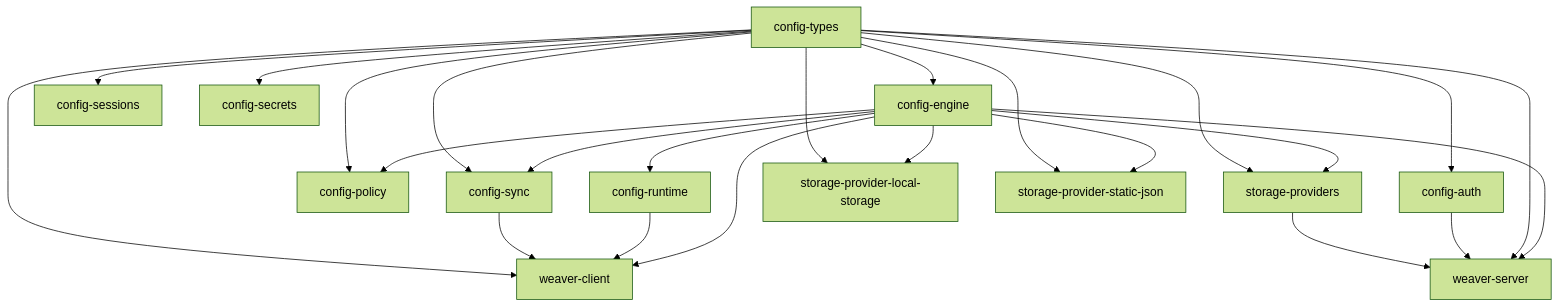
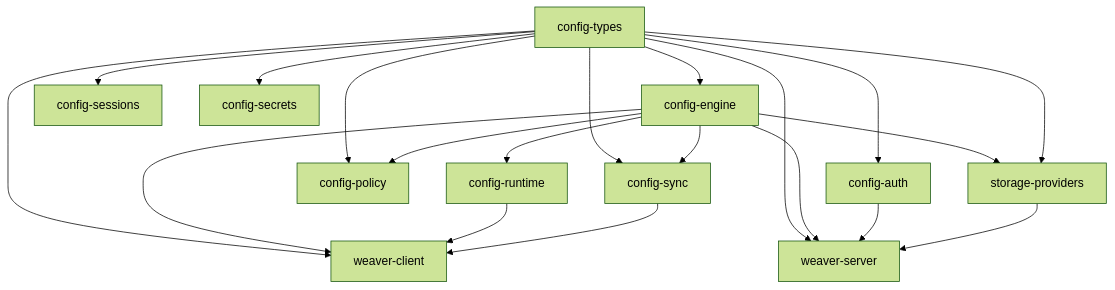
One commit to spralle/weaver changed the diagram in docs/architecture/package-graph.md. Above: the diagram before and after it, drawn with Mermaid (forest theme). The commit also changed other lines of this file and 14 other files, not shown here.

````diff
--- a/docs/architecture/package-graph.md
+++ b/docs/architecture/package-graph.md
@@ -9,26 +9,22 @@
 ```mermaid
 graph TD
     CT[config-types] --> CE[config-engine]
     CT --> CA[config-auth]
     CT --> CSE[config-sessions]
     CT --> CSC[config-secrets]
-    CE --> CP[config-policy]
-    CT --> CP
+    CT --> CS[config-sync]
+    CE --> CS
+    CT --> CP[config-policy]
+    CE --> CP
     CE --> CR[config-runtime]
-    CE --> CS[config-sync]
-    CT --> CS
     CE --> SP[storage-providers]
     CT --> SP
-    CE --> SPLS[storage-provider-local-storage]
-    CT --> SPLS
-    CE --> SPSJ[storage-provider-static-json]
-    CT --> SPSJ
-    CE --> WC[weaver-client]
+    CT --> WC[weaver-client]
+    CE --> WC
     CR --> WC
     CS --> WC
-    CT --> WC
-    CE --> WS[weaver-server]
-    CT --> WS
+    CT --> WS[weaver-server]
+    CE --> WS
     CA --> WS
     SP --> WS
 ```
````
